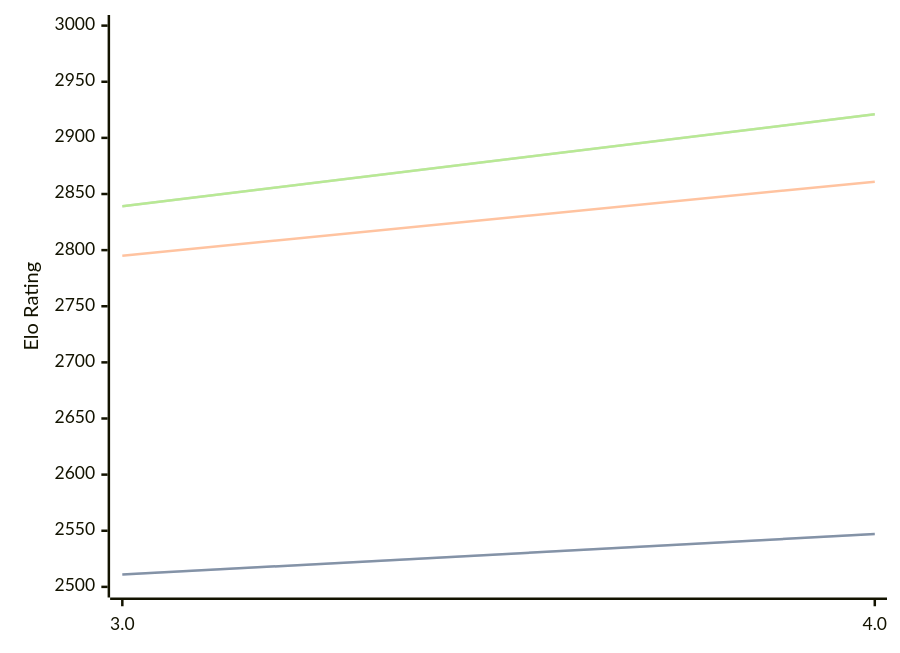
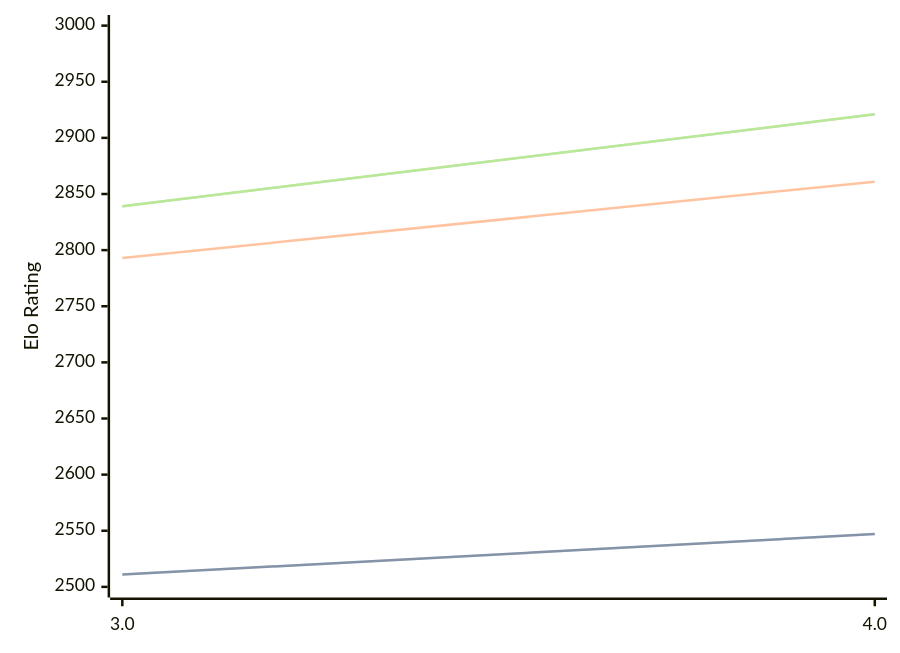
Before and after one commit to computer-chess-index/cci: the diagram in engines/Chess3.md, drawn with Mermaid. The commit also changed other lines of this file, not shown here.

````diff
--- a/engines/Chess3.md
+++ b/engines/Chess3.md
@@ -34,11 +34,11 @@
 ```mermaid
 %%{init: {"theme":"base","themeVariables":{"seriesColors:['#a3a3a3','#222221','#faa371']}}}%%
 xychart-beta
   x-axis ["3.0", "4.0"]
   y-axis "Elo Rating" 2500 --> 3000
   line "STC (8.0+0.08s)" [2511, 2547]
   line "STC (8.0+0.08s)" [2511, 2547]
-  line "LTC (60.0+0.60s)" [2795, 2861]
+  line "LTC (60.0+0.60s)" [2793, 2861]
   line "VLTC (2m24s+1.12s)" [2839, 2921]
   line "VLTC (2m24s+1.12s)" [2839, 2921]
 ```
````
